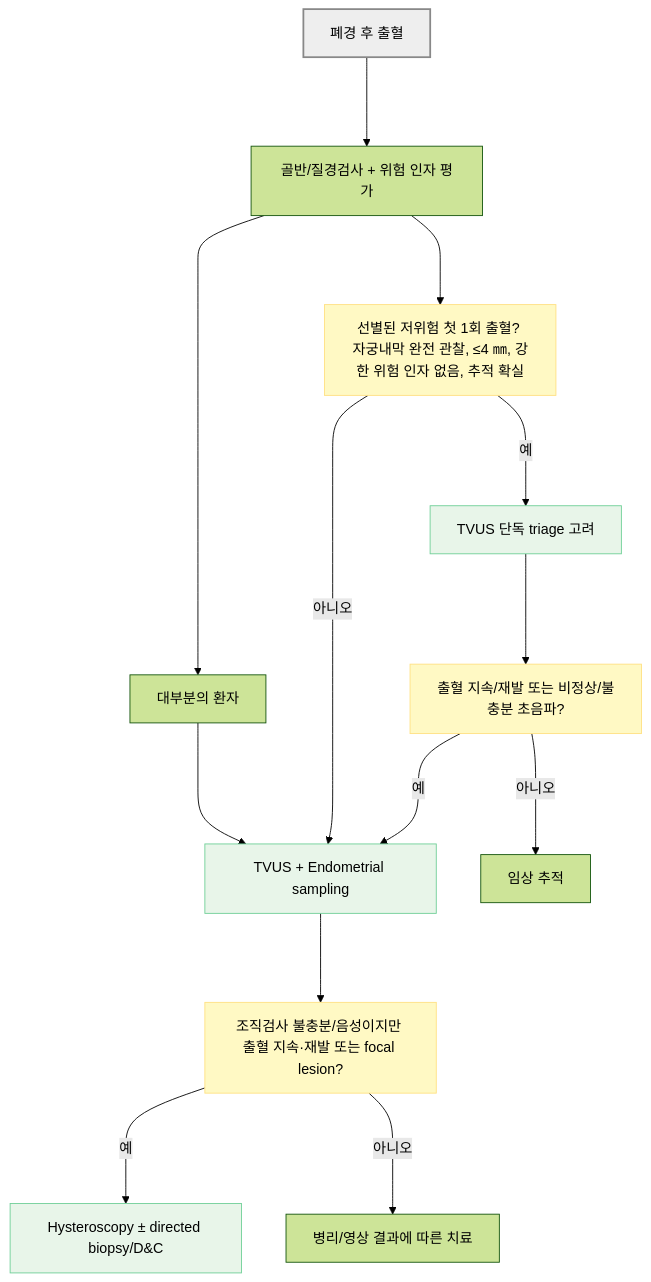
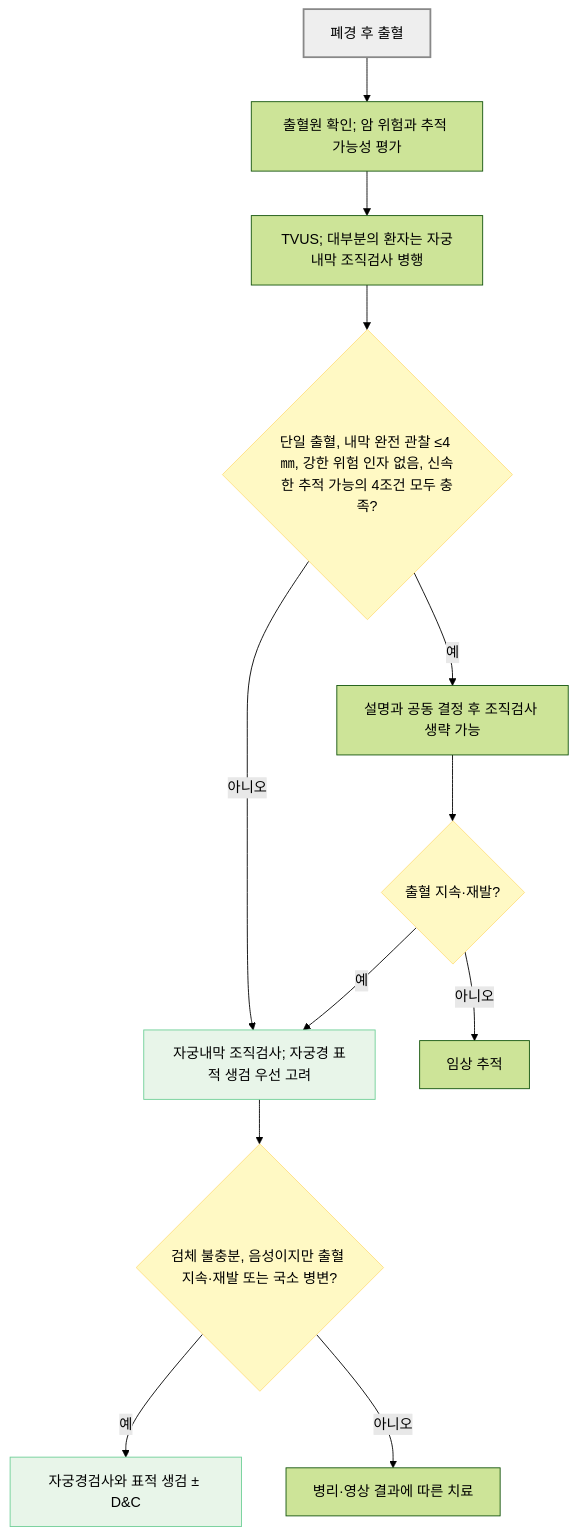
The second of 2 diagrams in 227_/129_-abnormal-uterine-bleeding.md (familyoh77/familyoh77), drawn with Mermaid (forest theme) before and after one commit. The commit also changed other lines of this file and 5 other files, not shown here.

````diff
--- a/227_/129_-abnormal-uterine-bleeding.md
+++ b/227_/129_-abnormal-uterine-bleeding.md
@@ -227,23 +240,20 @@
 ```mermaid
 flowchart TD
-    A["폐경 후 출혈"] ---> B["골반/질경검사 + 위험 인자 평가"]
-    B ---> C["대부분의 환자"]
-    C ---> D["TVUS + Endometrial sampling"]
-    B ---> E["선별된 저위험 첫 1회 출혈? 자궁내막 완전 관찰, ≤4 ㎜, 강한 위험 인자 없음, 추적 확실"]
-    E -- "예" ---> F["TVUS 단독 triage 고려"]
-    E -- "아니오" ---> D
-    F ---> G["출혈 지속/재발 또는 비정상/불충분 초음파?"]
-    G -- "예" ---> D
-    G -- "아니오" ---> H["임상 추적"]
-    D ---> I["조직검사 불충분/음성이지만 출혈 지속·재발 또는 focal lesion?"]
-    I -- "예" ---> J["Hysteroscopy ± directed biopsy/D&C"]
-    I -- "아니오" ---> K["병리/영상 결과에 따른 치료"]
-
+    A["폐경 후 출혈"] --> B["출혈원 확인; 암 위험과 추적 가능성 평가"]
+    B --> C["TVUS; 대부분의 환자는 자궁내막 조직검사 병행"]
+    C --> D{"단일 출혈, 내막 완전 관찰 ≤4 ㎜, 강한 위험 인자 없음, 신속한 추적 가능의 4조건 모두 충족?"}
+    D -- "예" --> E["설명과 공동 결정 후 조직검사 생략 가능"]
+    D -- "아니오" --> F["자궁내막 조직검사; 자궁경 표적 생검 우선 고려"]
+    E --> G{"출혈 지속·재발?"}
+    G -- "예" --> F
+    G -- "아니오" --> H["임상 추적"]
+    F --> I{"검체 불충분, 음성이지만 출혈 지속·재발 또는 국소 병변?"}
+    I -- "예" --> J["자궁경검사와 표적 생검 ± D&C"]
+    I -- "아니오" --> K["병리·영상 결과에 따른 치료"]
     style A fill:#eeeeee,stroke:#888888,stroke-width:2px
-    style E fill:#fff9c4,stroke:#ffe082
+    style D fill:#fff9c4,stroke:#ffe082
     style G fill:#fff9c4,stroke:#ffe082
     style I fill:#fff9c4,stroke:#ffe082
-    style D fill:#E8F5E9,stroke:#6FCF97,stroke-width:1px
-    style F fill:#E8F5E9,stroke:#6FCF97,stroke-width:1px
-    style J fill:#E8F5E9,stroke:#6FCF97,stroke-width:1px
+    style F fill:#E8F5E9,stroke:#6FCF97
+    style J fill:#E8F5E9,stroke:#6FCF97
 ```
````
